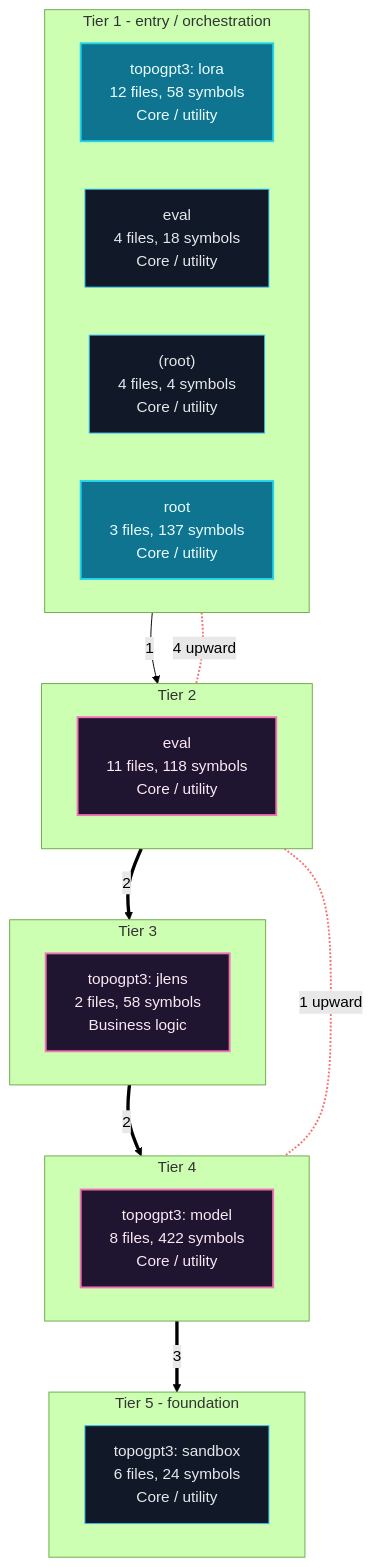
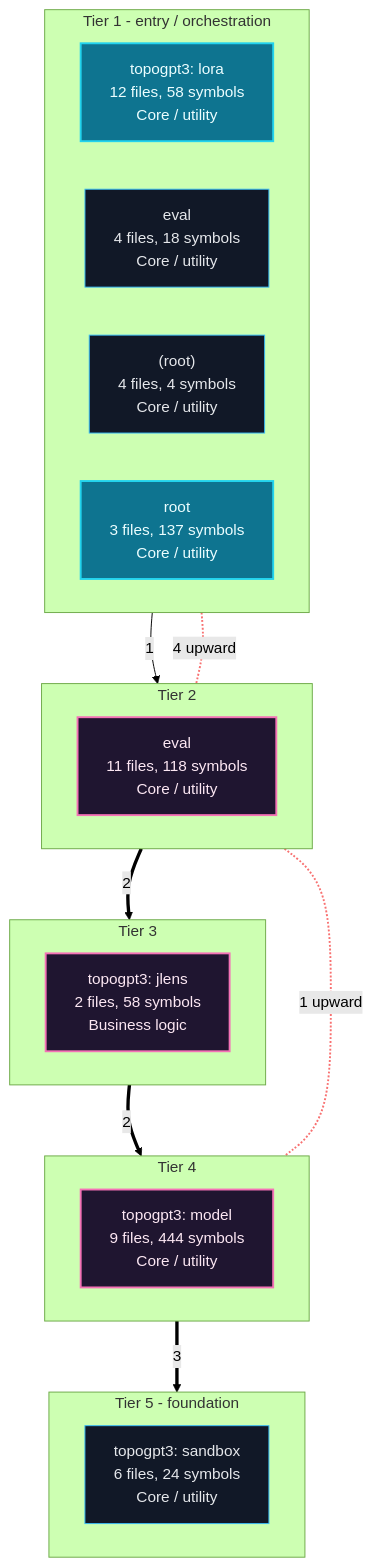
The first of 7 diagrams in readmenator-apidocs/architecture.md (grisuno/TopoGPT3), drawn with Mermaid (forest theme) before and after one commit. The commit also changed 101 other files, not shown here.

````diff
--- a/readmenator-apidocs/architecture.md
+++ b/readmenator-apidocs/architecture.md
@@ -11,40 +11,40 @@
 ```mermaid
 flowchart TB
     classDef cycle fill:#1f1530,stroke:#f472b6,color:#fce7f3,stroke-width:2px;
     classDef default fill:#111827,stroke:#38bdf8,color:#e5e7eb;
     classDef entry fill:#0e7490,stroke:#22d3ee,color:#ecfeff,stroke-width:2px;
     subgraph lane_0["Tier 1 - entry / orchestration"]
         direction LR
         n_c0["topogpt3: lora<br/>12 files, 58 symbols<br/>Core / utility"]:::entry
         n_d_eval["eval<br/>4 files, 18 symbols<br/>Core / utility"]:::default
         n_d__root_["(root)<br/>4 files, 4 symbols<br/>Core / utility"]:::default
         n_c5["root<br/>3 files, 137 symbols<br/>Core / utility"]:::entry
     end
     subgraph lane_1["Tier 2"]
         direction LR
         n_c1["eval<br/>11 files, 118 symbols<br/>Core / utility"]:::cycle
     end
     subgraph lane_2["Tier 3"]
         direction LR
         n_c4["topogpt3: jlens<br/>2 files, 58 symbols<br/>Business logic"]:::cycle
     end
     subgraph lane_3["Tier 4"]
         direction LR
-        n_c2["topogpt3: model<br/>8 files, 422 symbols<br/>Core / utility"]:::cycle
+        n_c2["topogpt3: model<br/>9 files, 444 symbols<br/>Core / utility"]:::cycle
     end
     subgraph lane_4["Tier 5 - foundation"]
         direction LR
         n_c3["topogpt3: sandbox<br/>6 files, 24 symbols<br/>Core / utility"]:::default
     end
     n_c0 -->|"1"| n_c1
     n_c1 ==>|"2"| n_c4
     n_c2 ==>|"3"| n_c3
     n_c4 ==>|"2"| n_c2
     n_c0 <-.-|"4 upward"| n_c1
     n_c1 <-.-|"1 upward"| n_c2
     linkStyle 4,5 stroke:#f87171,stroke-width:2px;
     n_c0 ~~~ n_c1
     n_c1 ~~~ n_c4
     n_c4 ~~~ n_c2
     n_c2 ~~~ n_c3
 ```
````
